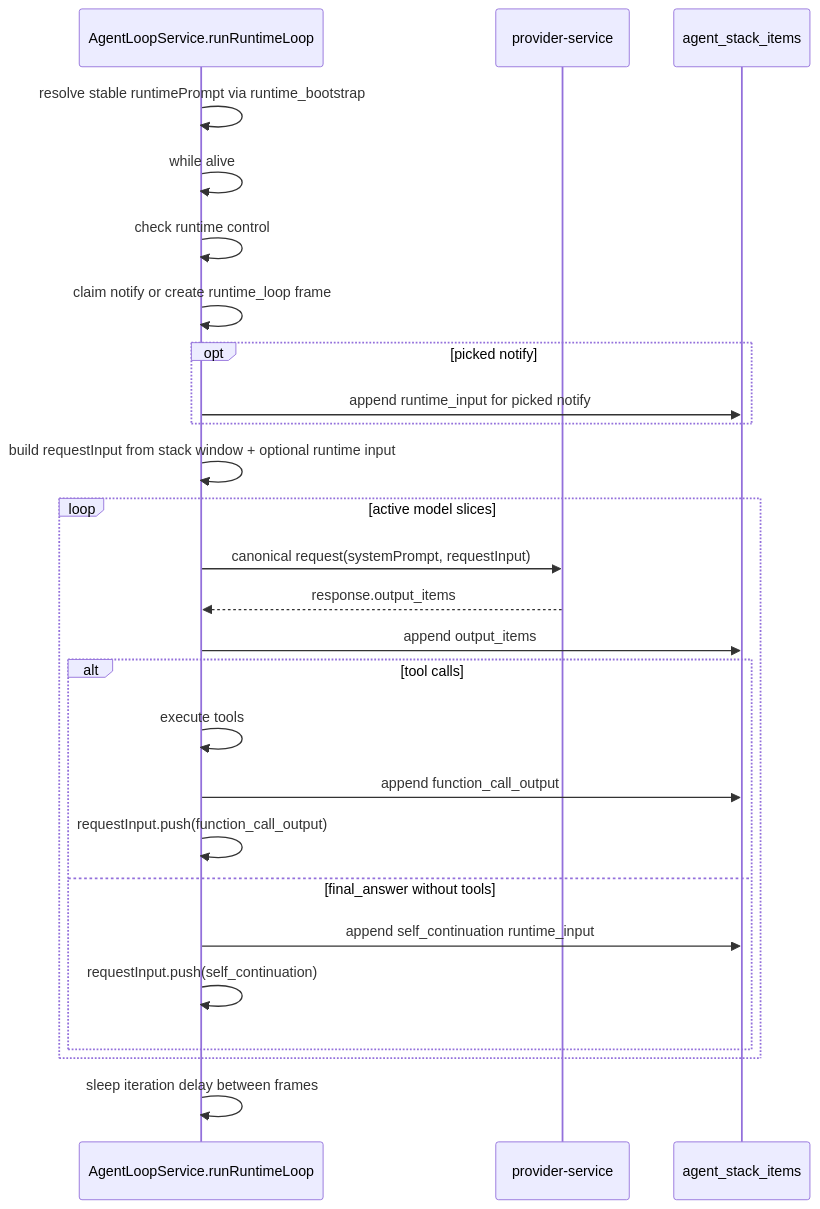
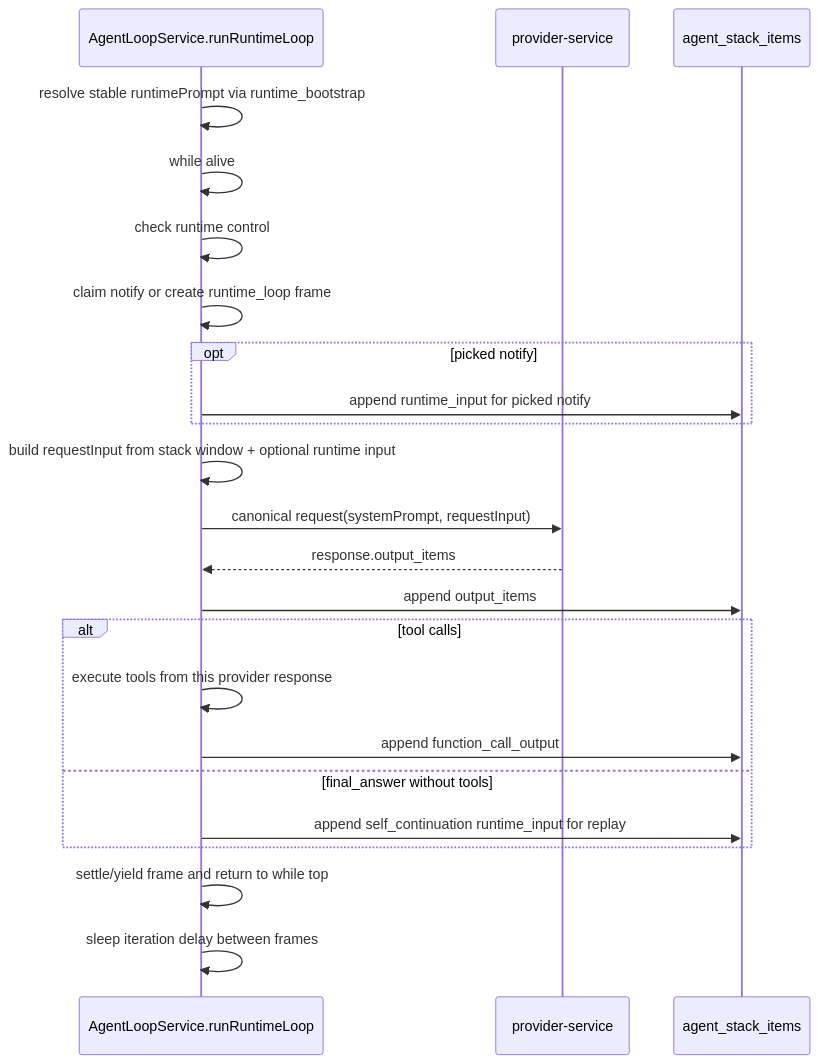
One commit to Hei-AI/xiaoni_cc changed the diagram in docs/XIAONI_NOTIFY_RUNTIME_ARCHITECTURE.md. Above: the diagram before and after it, drawn with Mermaid. The commit also changed other lines of this file and 6 other files, not shown here.

Commit message:
fix: yield runtime frame after one model slice

````diff
--- a/docs/XIAONI_NOTIFY_RUNTIME_ARCHITECTURE.md
+++ b/docs/XIAONI_NOTIFY_RUNTIME_ARCHITECTURE.md
@@ -48,29 +48,26 @@
 ```mermaid
 sequenceDiagram
   participant L as AgentLoopService.runRuntimeLoop
   participant P as provider-service
   participant S as agent_stack_items
 
   L->>L: resolve stable runtimePrompt via runtime_bootstrap
   L->>L: while alive
   L->>L: check runtime control
   L->>L: claim notify or create runtime_loop frame
   opt picked notify
     L->>S: append runtime_input for picked notify
   end
   L->>L: build requestInput from stack window + optional runtime input
-  loop active model slices
-    L->>P: canonical request(systemPrompt, requestInput)
-    P-->>L: response.output_items
-    L->>S: append output_items
-    alt tool calls
-      L->>L: execute tools
-      L->>S: append function_call_output
-      L->>L: requestInput.push(function_call_output)
-    else final_answer without tools
-      L->>S: append self_continuation runtime_input
-      L->>L: requestInput.push(self_continuation)
-    end
+  L->>P: canonical request(systemPrompt, requestInput)
+  P-->>L: response.output_items
+  L->>S: append output_items
+  alt tool calls
+    L->>L: execute tools from this provider response
+    L->>S: append function_call_output
+  else final_answer without tools
+    L->>S: append self_continuation runtime_input for replay
   end
+  L->>L: settle/yield frame and return to while top
   L->>L: sleep iteration delay between frames
 ```
````
